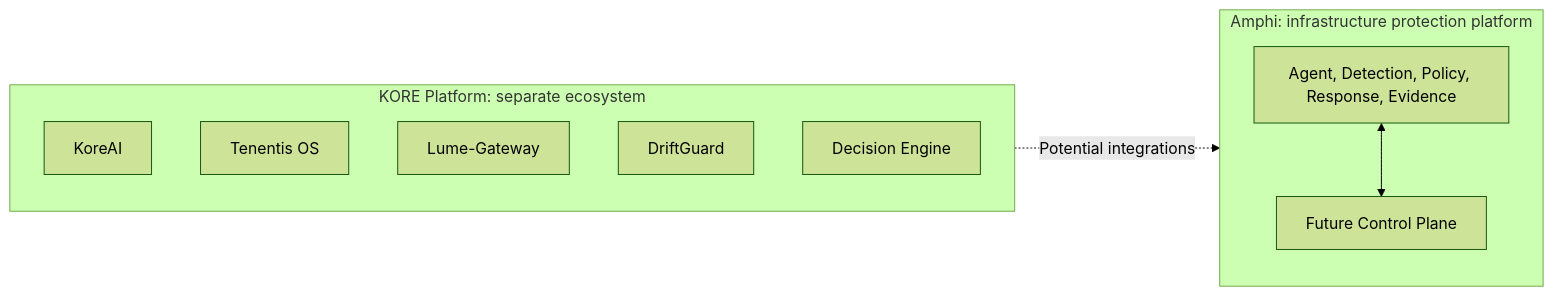
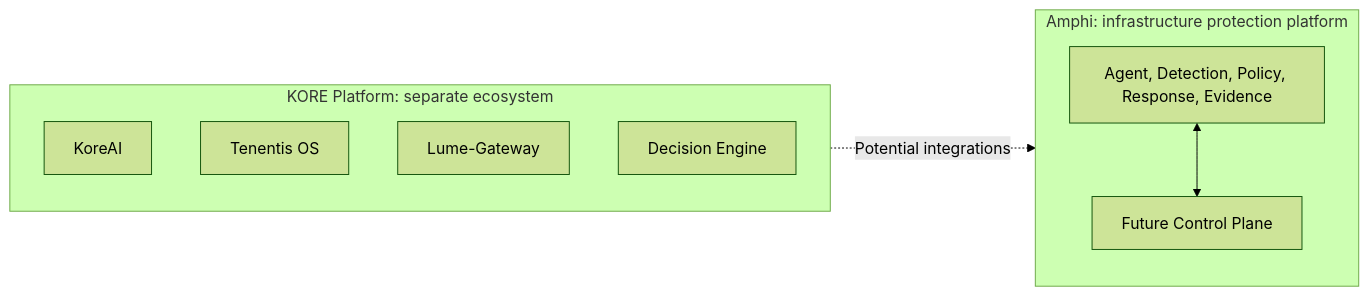
The fourth of 4 diagrams in README.md (kauand3v/Amphi), drawn with Mermaid (forest theme) before and after one commit. The commit also changed other lines of this file, not shown here.

````diff
--- a/README.md
+++ b/README.md
@@ -1126,16 +1257,15 @@
 ```mermaid
 flowchart LR
     subgraph AMPHI[Amphi: infrastructure protection platform]
         A[Agent, Detection, Policy, Response, Evidence]
         CP[Future Control Plane]
         A <--> CP
     end
     subgraph KORE[KORE Platform: separate ecosystem]
         K1[KoreAI]
         K2[Tenentis OS]
         K3[Lume-Gateway]
-        K4[DriftGuard]
-        K5[Decision Engine]
+        K4[Decision Engine]
     end
     KORE -. Potential integrations .-> AMPHI
 ```
````
